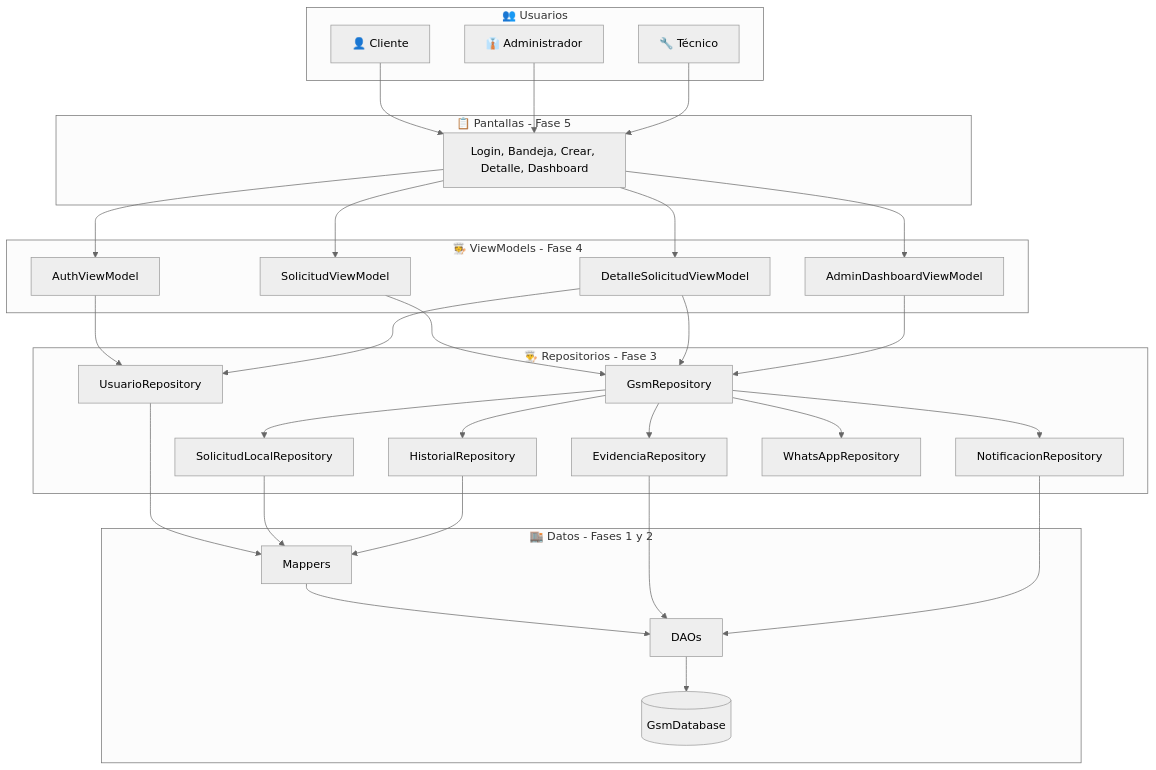
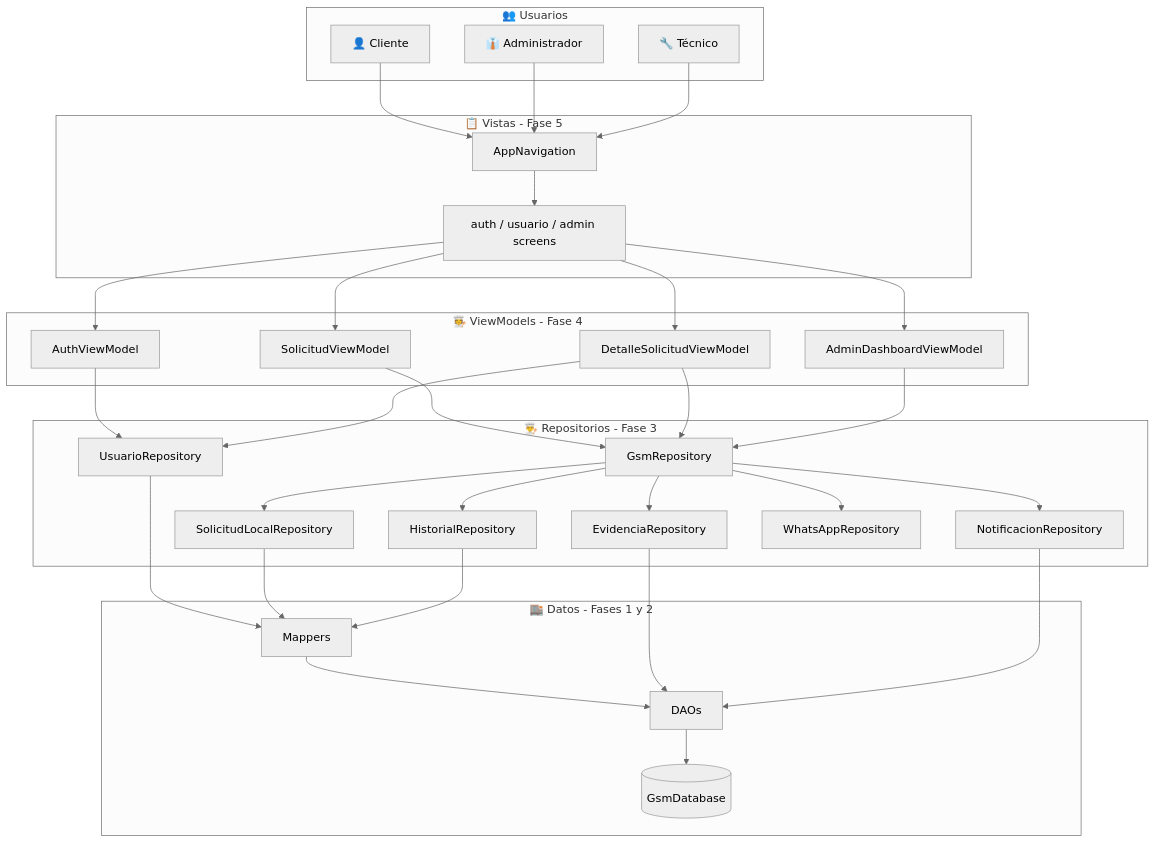
Before and after one commit to Liz-Elizabeth/GSM: the first of 3 diagrams in README.md, drawn with Mermaid (neutral theme). The commit also changed other lines of this file and 13 other files, not shown here.

````diff
--- a/README.md
+++ b/README.md
@@ -265,46 +280,48 @@
 ```mermaid
 flowchart TD
     subgraph ACTORES ["👥 Usuarios"]
         CLI["👤 Cliente"]
         ADM["👔 Administrador"]
         TEC["🔧 Técnico"]
     end
 
-    subgraph UI ["📋 Pantallas - Fase 5"]
-        SCREENS["Login, Bandeja, Crear, Detalle, Dashboard"]
+    subgraph UI ["📋 Vistas - Fase 5"]
+        NAV["AppNavigation"]
+        SCREENS["auth / usuario / admin screens"]
     end
 
     subgraph VM ["🧑‍🍳 ViewModels - Fase 4"]
         AUTH["AuthViewModel"]
         SOL["SolicitudViewModel"]
         DET["DetalleSolicitudViewModel"]
         DASH["AdminDashboardViewModel"]
     end
 
     subgraph REPO ["👨‍🍳 Repositorios - Fase 3"]
         GSM["GsmRepository"]
         USR["UsuarioRepository"]
         LOC["SolicitudLocalRepository"]
         HIS["HistorialRepository"]
         EVI["EvidenciaRepository"]
         NOT["NotificacionRepository"]
         WA["WhatsAppRepository"]
     end
 
     subgraph DATA ["🏬 Datos - Fases 1 y 2"]
         MAP["Mappers"]
         DAO["DAOs"]
         DB[("GsmDatabase")]
     end
 
-    CLI & ADM & TEC --> SCREENS
+    CLI & ADM & TEC --> NAV
+    NAV --> SCREENS
     SCREENS --> AUTH & SOL & DET & DASH
     AUTH --> USR
     DET --> USR
     SOL & DET & DASH --> GSM
     GSM --> LOC & HIS & EVI & NOT & WA
     USR & LOC & HIS --> MAP
     MAP --> DAO
     EVI & NOT --> DAO
     DAO --> DB
 ```
````
